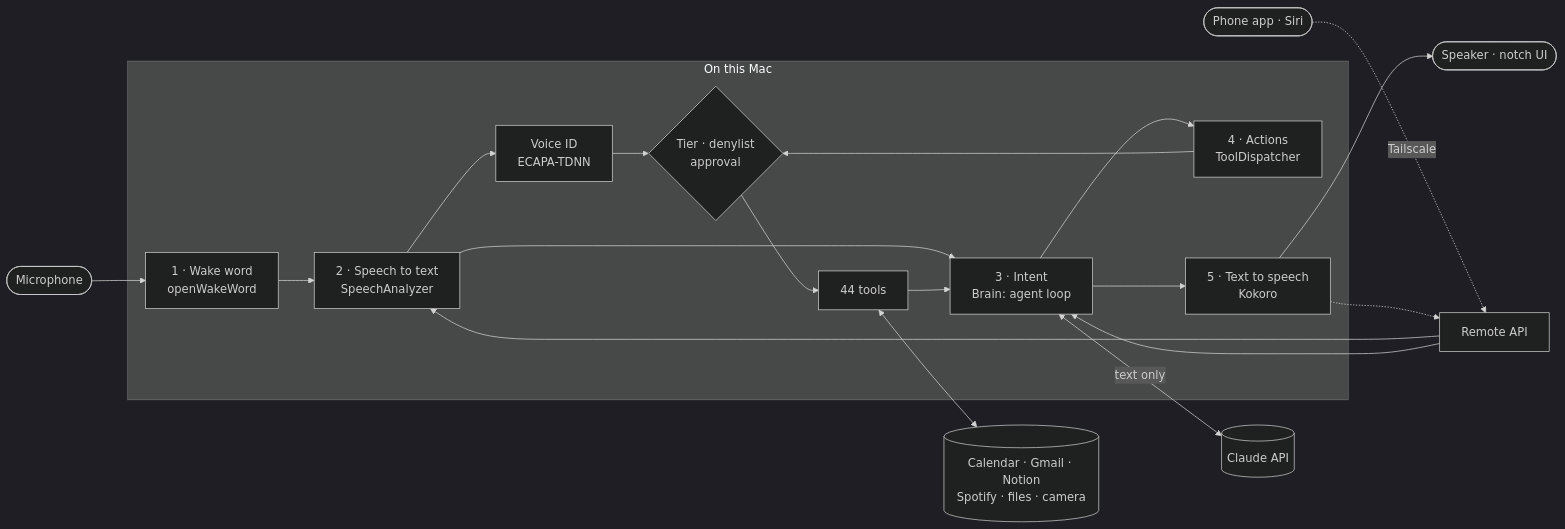
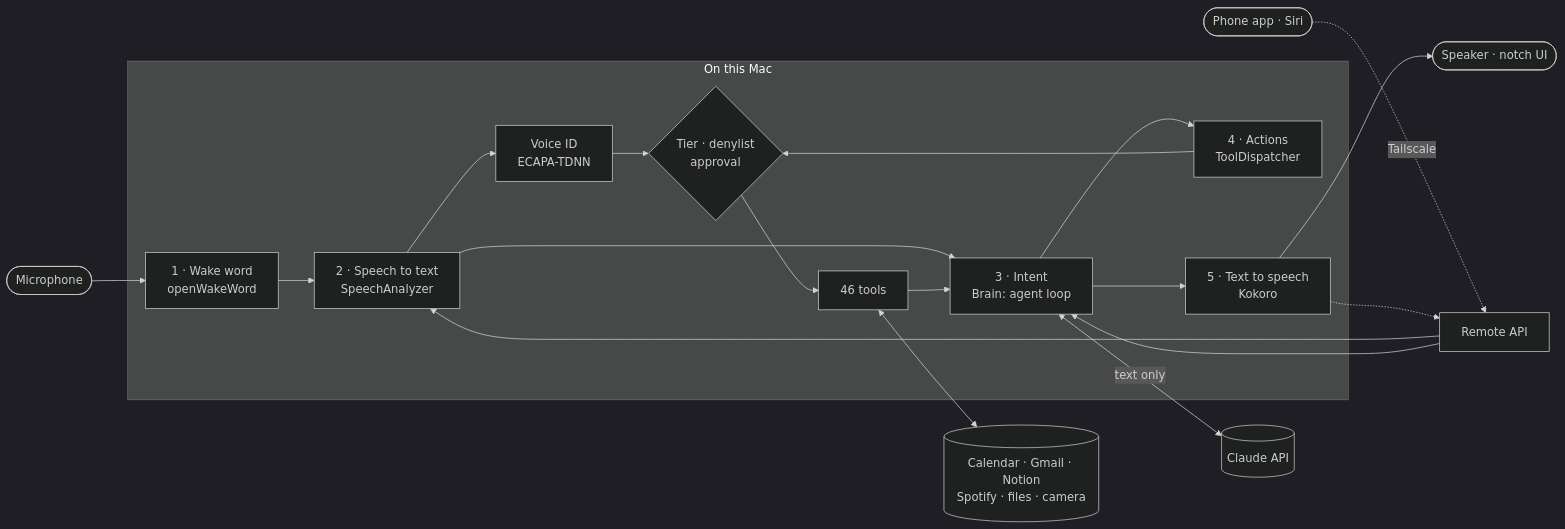
The diagram in README.md (samarthpaliwal/Jarvis), drawn with Mermaid (dark theme) before and after one commit. The commit also changed other lines of this file and 13 other files, not shown here.

````diff
--- a/README.md
+++ b/README.md
@@ -37,24 +37,24 @@
 ```mermaid
 flowchart LR
     mic(["Microphone"]) --> wake
     phone(["Phone app · Siri"]) -. Tailscale .-> api["Remote API"]
     api --> stt
     api --> intent
 
     subgraph mac ["On this Mac"]
         wake["1 · Wake word<br/>openWakeWord"] --> stt["2 · Speech to text<br/>SpeechAnalyzer"]
         stt --> voiceid["Voice ID<br/>ECAPA-TDNN"]
         stt --> intent["3 · Intent<br/>Brain: agent loop"]
         intent --> actions["4 · Actions<br/>ToolDispatcher"]
         actions --> guard{"Tier · denylist<br/>approval"}
         voiceid --> guard
-        guard --> tools["44 tools"]
+        guard --> tools["46 tools"]
         tools --> intent
         intent --> tts["5 · Text to speech<br/>Kokoro"]
     end
 
     intent <-->|"text only"| claude[("Claude API")]
     tools <--> services[("Calendar · Gmail · Notion<br/>Spotify · files · camera")]
     tts --> speaker(["Speaker · notch UI"])
     tts -.-> api
 ```
````
